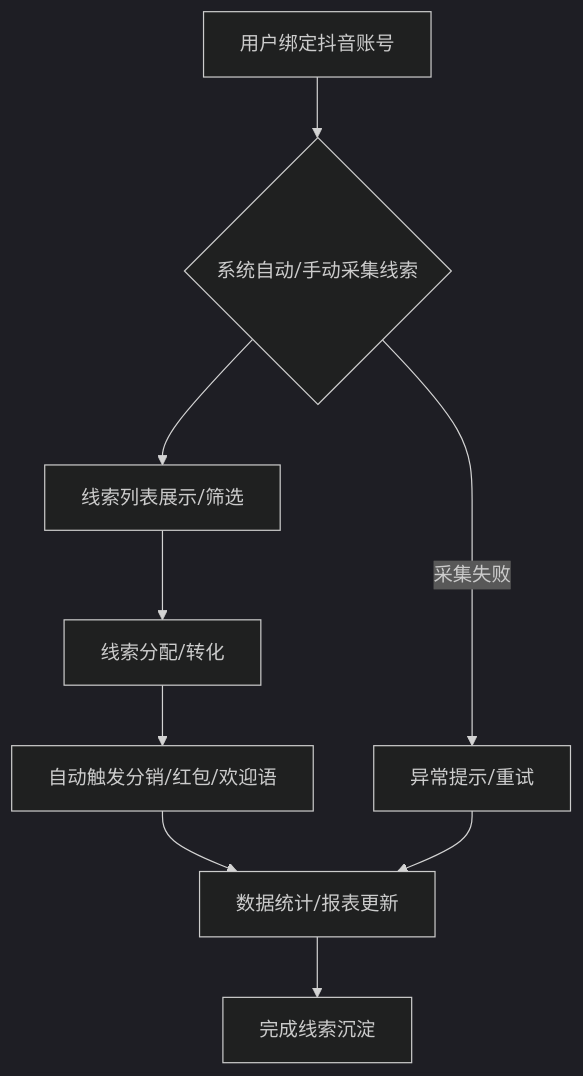
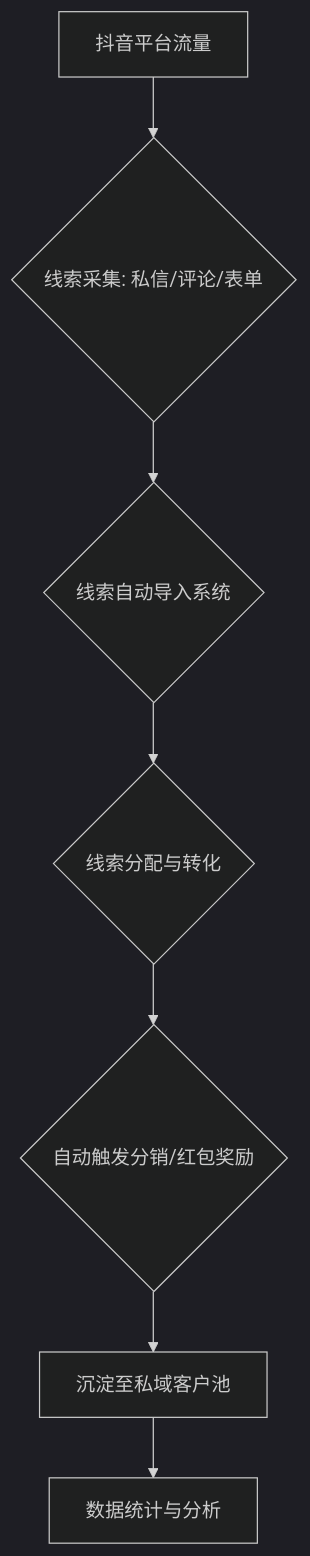
One commit to fnvtk/cunkebao_doc changed the diagram in 4、前端/前端-场景获客-抖音获客功能.md. Above: the diagram before and after it, drawn with Mermaid (dark theme). The commit also changed other lines of this file and 38 other files, not shown here.

Commit message:
feat: Add flowcharts and UI references to all frontend documentation

````diff
--- a/4、前端/前端-场景获客-抖音获客功能.md
+++ b/4、前端/前端-场景获客-抖音获客功能.md
@@ -8,11 +10,9 @@
 ```mermaid
 graph TD
-    A[用户绑定抖音账号] --> B{系统自动/手动采集线索};
-    B --> C[线索列表展示/筛选];
-    C --> D[线索分配/转化];
-    D --> E[自动触发分销/红包/欢迎语];
-    E --> F[数据统计/报表更新];
-    F --> G[完成线索沉淀];
-    B -- 采集失败 --> H[异常提示/重试];
-    H --> F;
+    A[抖音平台流量] --> B{线索采集: 私信/评论/表单};
+    B --> C{线索自动导入系统};
+    C --> D{线索分配与转化};
+    D --> E{自动触发分销/红包奖励};
+    E --> F[沉淀至私域客户池];
+    F --> G[数据统计与分析];
 ```
````
